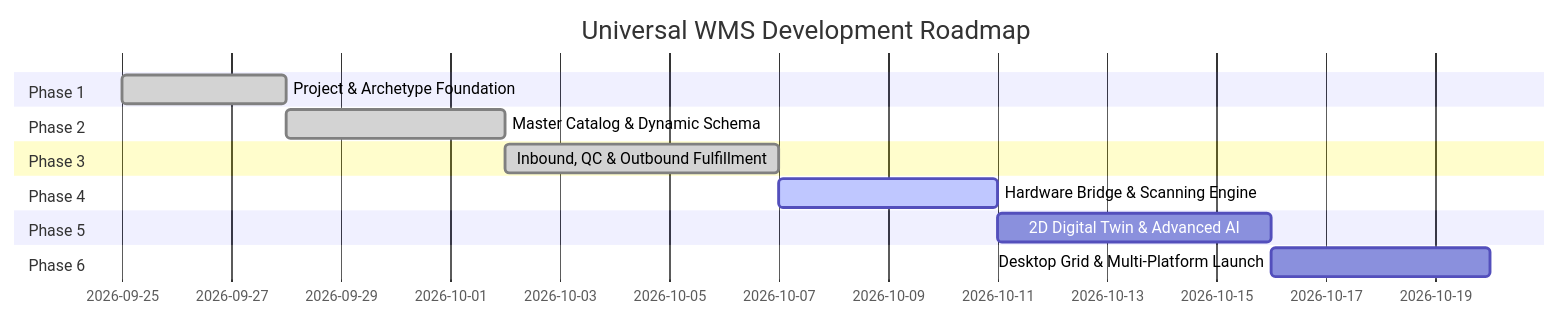
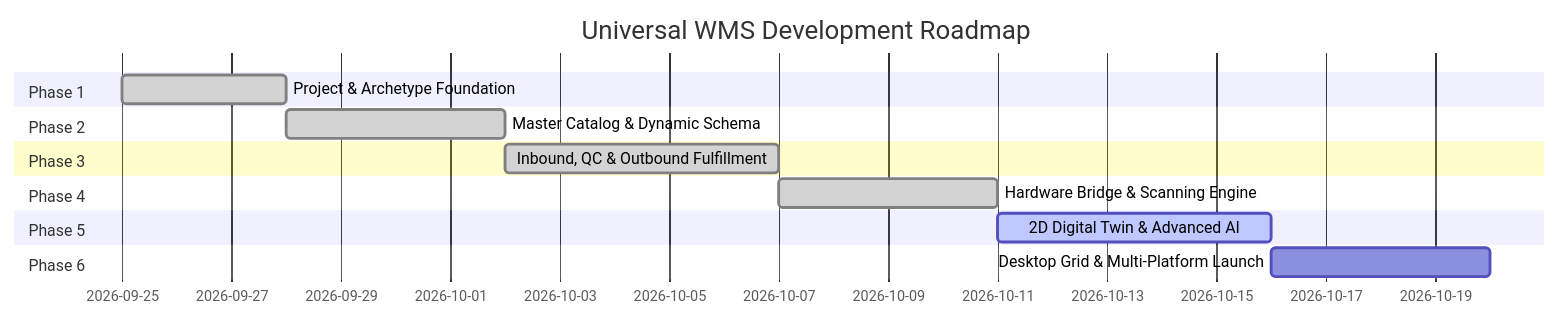
One commit to Nikhil-Yadav-01/uwp changed the diagram in ROADMAP.md. Above: the diagram before and after it, drawn with Mermaid. The commit also changed other lines of this file and 16 other files, not shown here.

Commit message:
feat(phase-4): hardware bridge, multi-barcode AR scanner, thermal printer engine, and digital scale

````diff
--- a/ROADMAP.md
+++ b/ROADMAP.md
@@ -7,17 +7,17 @@
 ```mermaid
 gantt
     title Universal WMS Development Roadmap
     dateFormat  YYYY-MM-DD
     section Phase 1
     Project & Archetype Foundation       :done,    p1, 2026-09-25, 3d
     section Phase 2
     Master Catalog & Dynamic Schema     :done,    p2, after p1, 4d
     section Phase 3
     Inbound, QC & Outbound Fulfillment  :done,    p3, after p2, 5d
     section Phase 4
-    Hardware Bridge & Scanning Engine   :active,  p4, after p3, 4d
+    Hardware Bridge & Scanning Engine   :done,    p4, after p3, 4d
     section Phase 5
-    2D Digital Twin & Advanced AI       :         p5, after p4, 5d
+    2D Digital Twin & Advanced AI       :active,  p5, after p4, 5d
     section Phase 6
     Desktop Grid & Multi-Platform Launch:         p6, after p5, 4d
 ```
````
